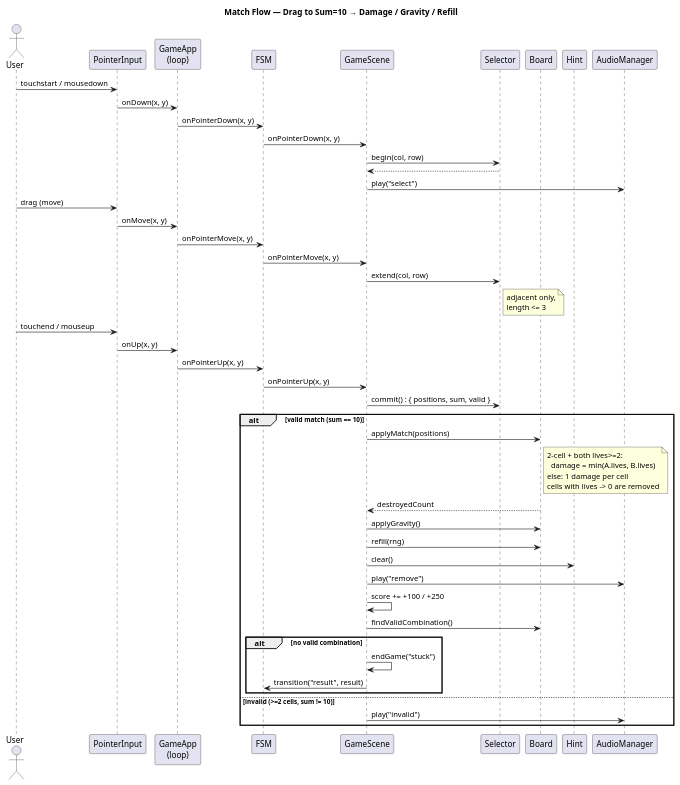
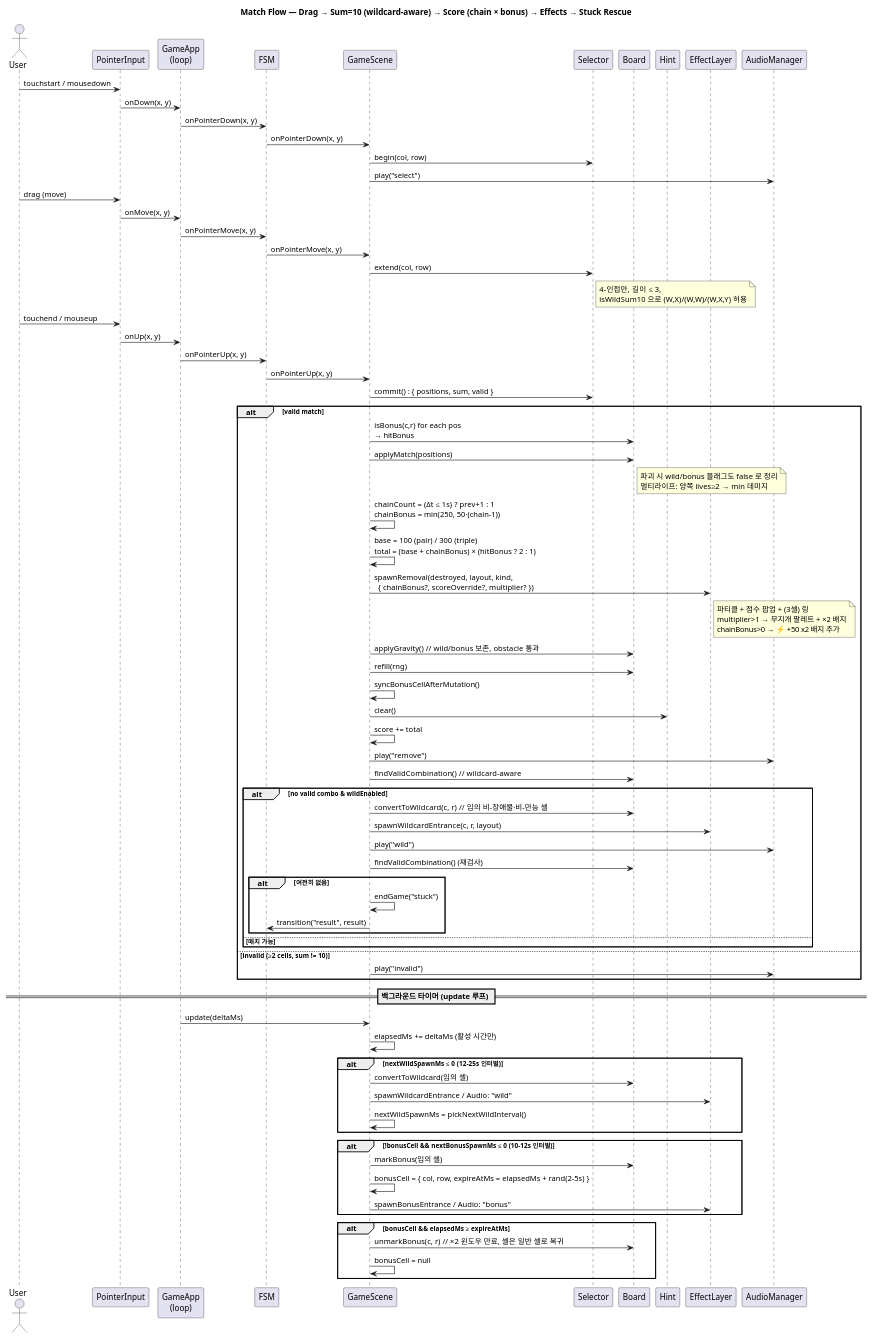
Before and after one commit to chobocho/make10: the diagram in docs/uml/sequence-match.puml, drawn with PlantUML. The commit also changed 7 other files, not shown here.

First line of the commit message:
[docs] UML + README — #24~#35 반영

```diff
--- a/docs/uml/sequence-match.puml
+++ b/docs/uml/sequence-match.puml
@@ -1,57 +1,100 @@
 @startuml sequence-match
-title Match Flow — Drag to Sum=10 → Damage / Gravity / Refill
+title Match Flow — Drag → Sum=10 (wildcard-aware) → Score (chain × bonus) → Effects → Stuck Rescue
 skinparam responseMessageBelowArrow true
 actor User
 participant "PointerInput" as PI
 participant "GameApp\n(loop)" as App
 participant "FSM" as FSM
 participant "GameScene" as GS
 participant "Selector" as Sel
 participant "Board" as Board
 participant "Hint" as Hint
+participant "EffectLayer" as Fx
 participant "AudioManager" as Audio
 
 User -> PI : touchstart / mousedown
 PI -> App : onDown(x, y)
 App -> FSM : onPointerDown(x, y)
 FSM -> GS : onPointerDown(x, y)
 GS -> Sel : begin(col, row)
-Sel --> GS
 GS -> Audio : play("select")
 
 User -> PI : drag (move)
 PI -> App : onMove(x, y)
 App -> FSM : onPointerMove(x, y)
 FSM -> GS : onPointerMove(x, y)
 GS -> Sel : extend(col, row)
-note right of Sel : adjacent only,\nlength <= 3
+note right of Sel
+  4-인접만, 길이 ≤ 3,
+  isWildSum10 으로 (W,X)/(W,W)/(W,X,Y) 허용
+end note
 
 User -> PI : touchend / mouseup
 PI -> App : onUp(x, y)
 App -> FSM : onPointerUp(x, y)
 FSM -> GS : onPointerUp(x, y)
 GS -> Sel : commit() : { positions, sum, valid }
 
-alt valid match (sum == 10)
+alt valid match
+  GS -> Board : isBonus(c,r) for each pos\n→ hitBonus
   GS -> Board : applyMatch(positions)
   note right of Board
-    2-cell + both lives>=2:
-      damage = min(A.lives, B.lives)
-    else: 1 damage per cell
-    cells with lives -> 0 are removed
+    파괴 시 wild/bonus 플래그도 false 로 정리
+    멀티라이프: 양쪽 lives≥2 → min 데미지
   end note
-  Board --> GS : destroyedCount
-  GS -> Board : applyGravity()
+
+  GS -> GS : chainCount = (Δt ≤ 1s) ? prev+1 : 1\nchainBonus = min(250, 50·(chain-1))
+  GS -> GS : base = 100 (pair) / 300 (triple)\ntotal = (base + chainBonus) × (hitBonus ? 2 : 1)
+
+  GS -> Fx : spawnRemoval(destroyed, layout, kind,\n  { chainBonus?, scoreOverride?, multiplier? })
+  note right of Fx
+    파티클 + 점수 팝업 + (3셀) 링
+    multiplier>1 → 무지개 팔레트 + ×2 배지
+    chainBonus>0 → ⚡ +50 x2 배지 추가
+  end note
+
+  GS -> Board : applyGravity()  // wild/bonus 보존, obstacle 통과
   GS -> Board : refill(rng)
+  GS -> GS : syncBonusCellAfterMutation()
   GS -> Hint : clear()
+  GS -> GS : score += total
   GS -> Audio : play("remove")
-  GS -> GS : score += +100 / +250
-  GS -> Board : findValidCombination()
-  alt no valid combination
-    GS -> GS : endGame("stuck")
-    GS -> FSM : transition("result", result)
+
+  GS -> Board : findValidCombination()  // wildcard-aware
+  alt no valid combo & wildEnabled
+    GS -> Board : convertToWildcard(c, r)  // 임의 비-장애물·비-만능 셀
+    GS -> Fx : spawnWildcardEntrance(c, r, layout)
+    GS -> Audio : play("wild")
+    GS -> Board : findValidCombination() (재검사)
+    alt 여전히 없음
+      GS -> GS : endGame("stuck")
+      GS -> FSM : transition("result", result)
+    end
+  else 매치 가능
   end
-else invalid (>=2 cells, sum != 10)
+
+else invalid (≥2 cells, sum != 10)
   GS -> Audio : play("invalid")
 end
+
+== 백그라운드 타이머 (update 루프) ==
+App -> GS : update(deltaMs)
+GS -> GS : elapsedMs += deltaMs (활성 시간만)
+
+alt nextWildSpawnMs ≤ 0 (12-25s 인터벌)
+  GS -> Board : convertToWildcard(임의 셀)
+  GS -> Fx : spawnWildcardEntrance / Audio: "wild"
+  GS -> GS : nextWildSpawnMs = pickNextWildInterval()
+end
+
+alt !bonusCell && nextBonusSpawnMs ≤ 0 (10-12s 인터벌)
+  GS -> Board : markBonus(임의 셀)
+  GS -> GS : bonusCell = { col, row, expireAtMs = elapsedMs + rand(2-5s) }
+  GS -> Fx : spawnBonusEntrance / Audio: "bonus"
+end
+
+alt bonusCell && elapsedMs ≥ expireAtMs
+  GS -> Board : unmarkBonus(c, r)  // ×2 윈도우 만료, 셀은 일반 셀로 복귀
+  GS -> GS : bonusCell = null
+end
 @enduml
```
